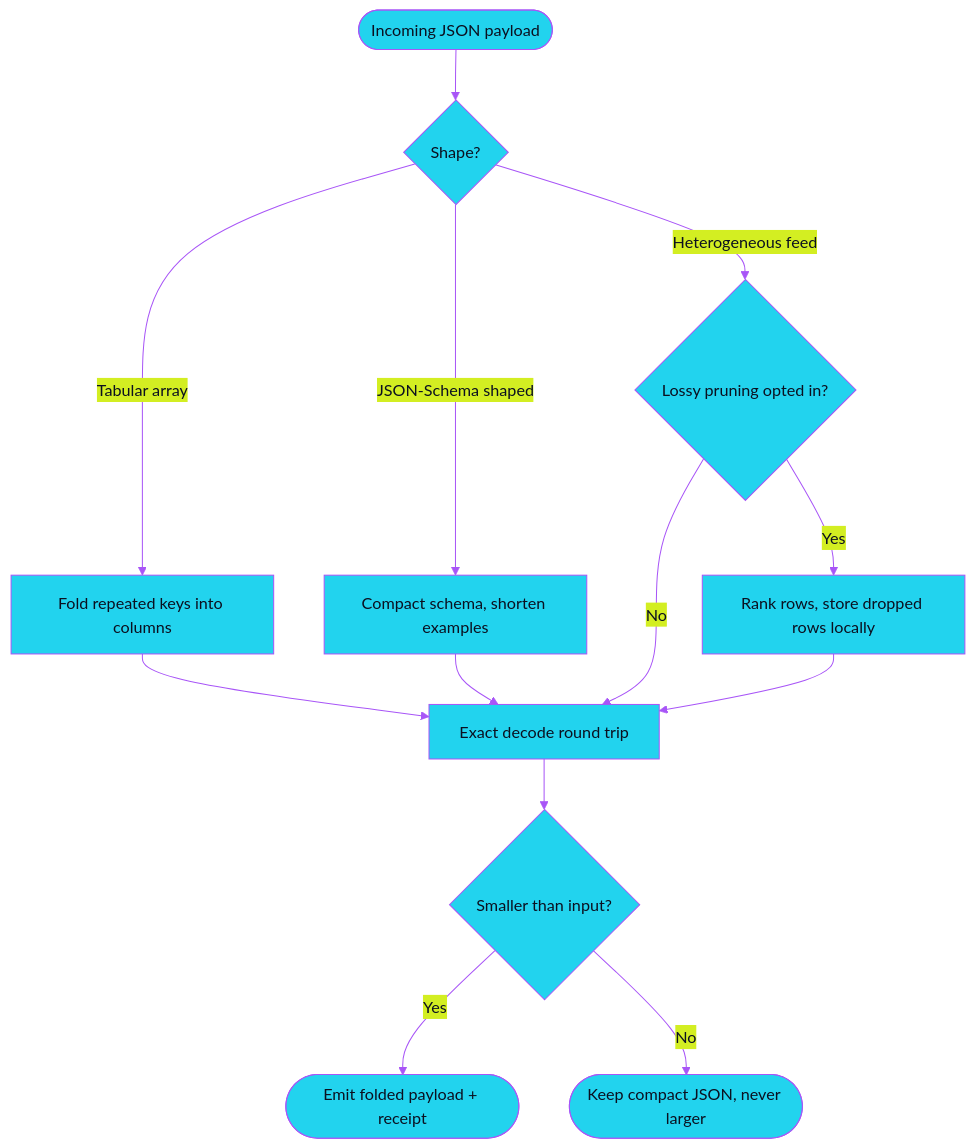
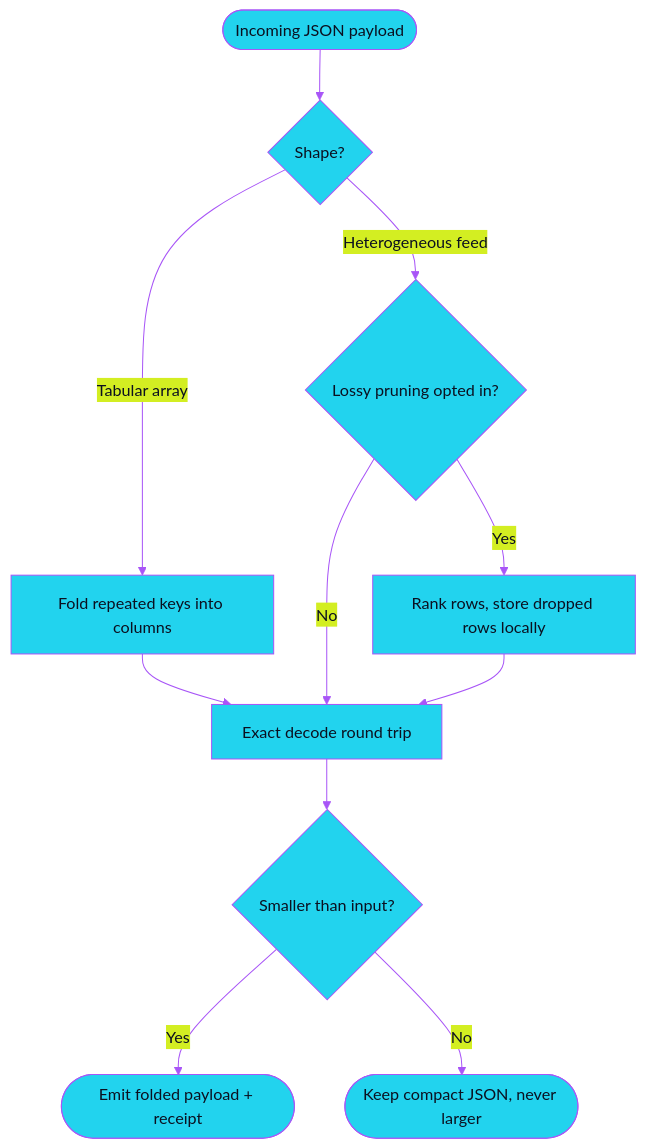
Before and after one commit to snchimata/tokenfold: the third of 4 diagrams in README.md, drawn with Mermaid. The commit also changed other lines of this file, not shown here.

````diff
--- a/README.md
+++ b/README.md
@@ -139,16 +147,14 @@
 ```mermaid
 %%{init: {"theme": "base", "themeVariables": {"primaryColor": "#22D3EE", "primaryTextColor": "#0b1020", "primaryBorderColor": "#A855F7", "lineColor": "#A855F7", "fontFamily": "ui-sans-serif, system-ui, sans-serif"}}}%%
 flowchart TD
     Start([Incoming JSON payload]) --> Detect{Shape?}
     Detect -->|Tabular array| Fold[Fold repeated keys into columns]
-    Detect -->|JSON-Schema shaped| Compact[Compact schema, shorten examples]
     Detect -->|Heterogeneous feed| Choice{Lossy pruning opted in?}
     Fold --> Verify
-    Compact --> Verify
     Choice -->|No| Verify[Exact decode round trip]
     Choice -->|Yes| Rank[Rank rows, store dropped rows locally]
     Rank --> Verify
     Verify --> Guard{Smaller than input?}
     Guard -->|Yes| Emit([Emit folded payload + receipt])
     Guard -->|No| Passthrough([Keep compact JSON, never larger])
 ```
````
